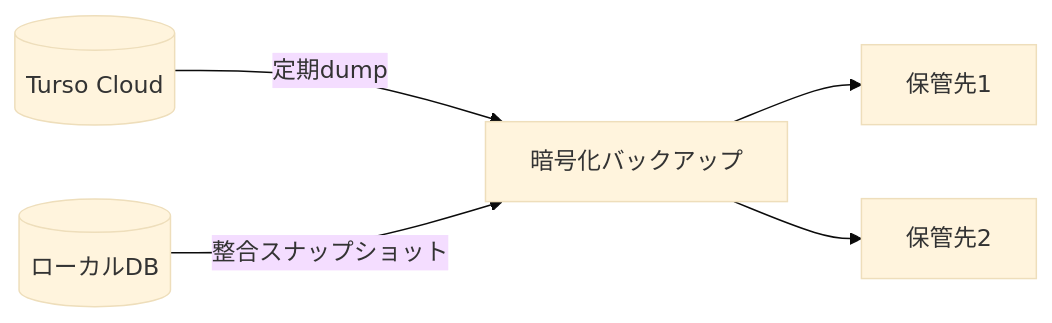
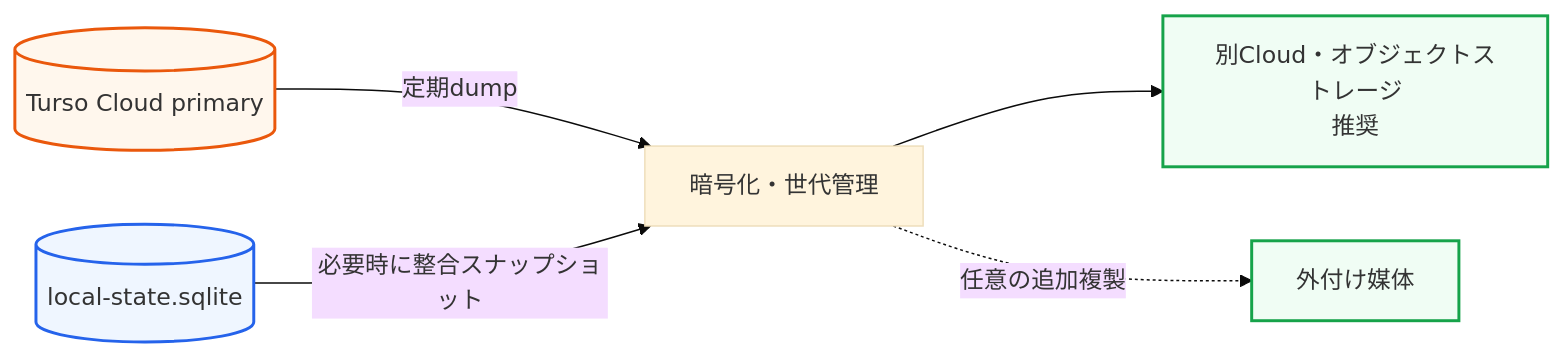
Before and after one commit to mgmaru/algo-loom: diagram 15 of 17 in database/turso-design-guide.md, drawn with Mermaid (base theme). The commit also changed other lines of this file, not shown here.

Commit message:
docs: clarify outbox and backup architecture

````diff
--- a/database/turso-design-guide.md
+++ b/database/turso-design-guide.md
@@ -596,7 +725,12 @@
 ```mermaid
 flowchart LR
-    C[(Turso Cloud)] -->|定期dump| B[暗号化バックアップ]
-    L[(ローカルDB)] -->|整合スナップショット| B
-    B --> S1[保管先1]
-    B --> S2[保管先2]
+    C[(Turso Cloud primary)] -->|定期dump| B[暗号化・世代管理]
+    L[(local-state.sqlite)] -->|必要時に整合スナップショット| B
+    B --> S1[別Cloud・オブジェクトストレージ<br/>推奨]
+    B -. 任意の追加複製 .-> S2[外付け媒体]
+
+    style C fill:#fff7ed,stroke:#ea580c,stroke-width:2px
+    style L fill:#eff6ff,stroke:#2563eb,stroke-width:2px
+    style S1 fill:#f0fdf4,stroke:#16a34a,stroke-width:2px
+    style S2 fill:#f0fdf4,stroke:#16a34a,stroke-width:2px
 ```
````
